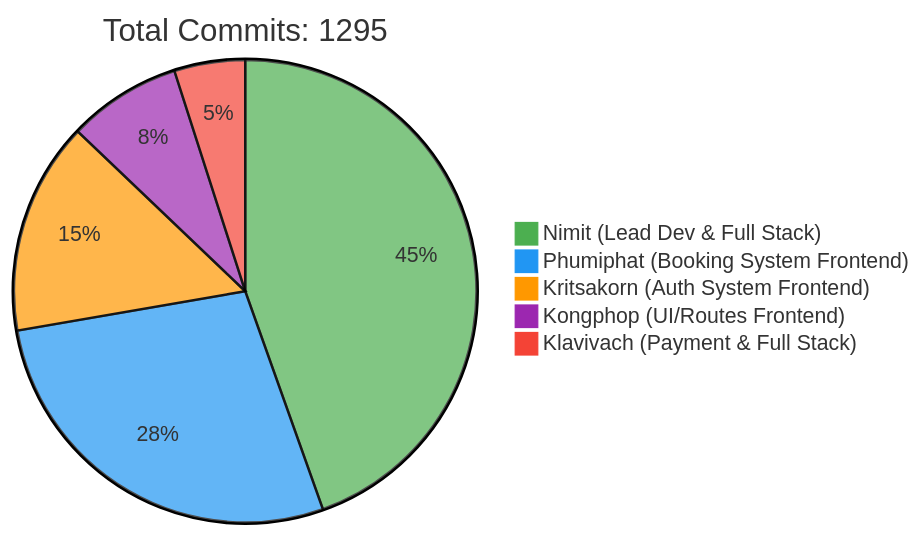
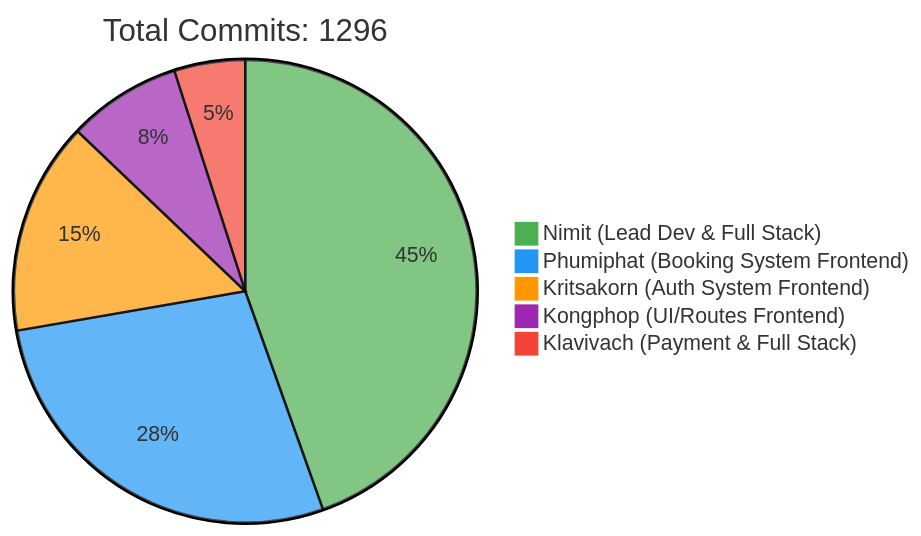
The first of 2 diagrams in README.md (6531503042/Sport-Complex), drawn with Mermaid before and after one commit. The commit also changed other lines of this file, not shown here.

Commit message:
docs: Update contributor statistics [skip ci]

````diff
--- a/README.md
+++ b/README.md
@@ -257,10 +257,10 @@
 ```mermaid
 %%{init: {'theme': 'base', 'themeVariables': { 'pie1': '#4CAF50', 'pie2': '#2196F3', 'pie3': '#FF9800', 'pie4': '#9C27B0', 'pie5': '#F44336'}}}%%
 pie
-    title Total Commits: 1295
+    title Total Commits: 1296
     "Nimit (Lead Dev & Full Stack)" : 450
     "Phumiphat (Booking System Frontend)" : 280
     "Kritsakorn (Auth System Frontend)" : 150
     "Kongphop (UI/Routes Frontend)" : 80
     "Klavivach (Payment & Full Stack)" : 50
 ```
````
